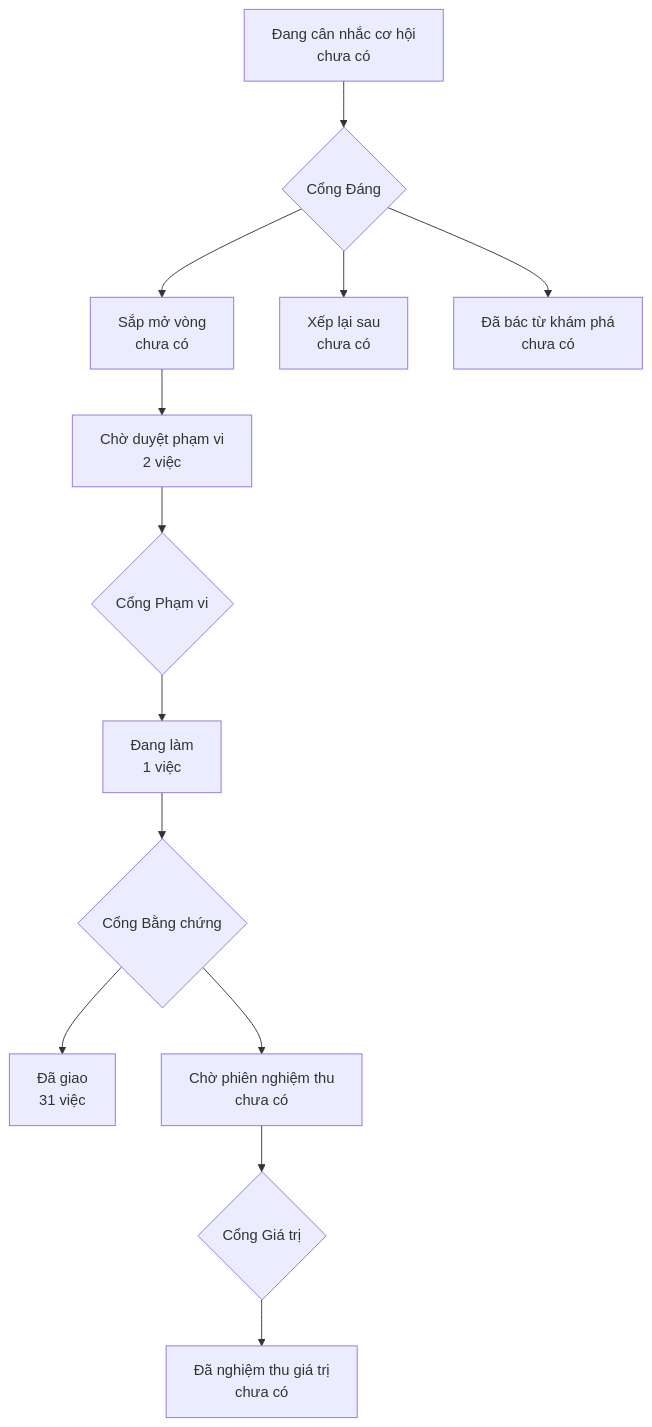
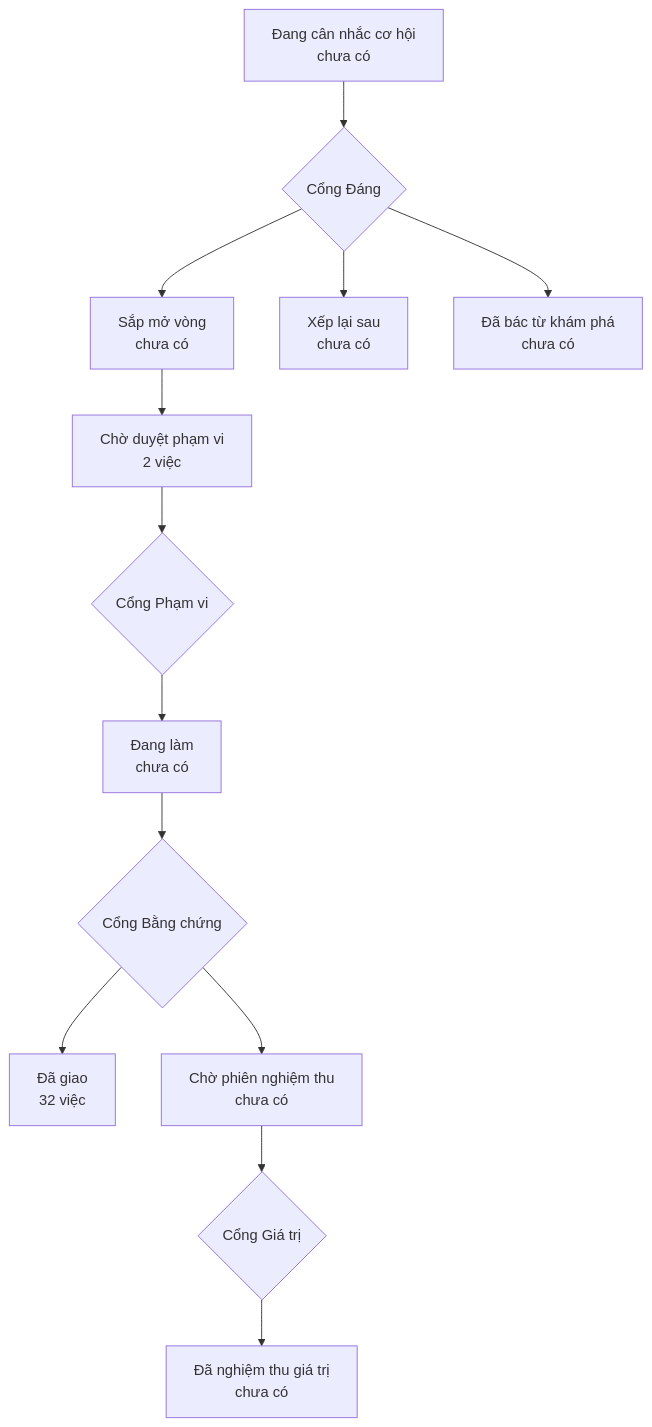
One commit to phanlemanh/acceptance-gate-kit changed the diagram in PRODUCT-MAP.md. Above: the diagram before and after it, drawn with Mermaid. The commit also changed other lines of this file, not shown here.

Commit message:
docs(product-map): vẽ lại sau signed-off stale-theo-diff-pr (map là view máy sinh, ADR 0007)

````diff
--- a/PRODUCT-MAP.md
+++ b/PRODUCT-MAP.md
@@ -6,12 +6,12 @@
 ```mermaid
 flowchart TD
   A["Đang cân nhắc cơ hội<br/>chưa có"] --> GD{"Cổng Đáng"}
   GD --> B["Sắp mở vòng<br/>chưa có"]
   GD --> XL["Xếp lại sau<br/>chưa có"]
   GD --> DB["Đã bác từ khám phá<br/>chưa có"]
   B --> CD["Chờ duyệt phạm vi<br/>2 việc"] --> GP{"Cổng Phạm vi"}
-  GP --> DL["Đang làm<br/>1 việc"] --> GB{"Cổng Bằng chứng"}
-  GB --> DG["Đã giao<br/>31 việc"]
+  GP --> DL["Đang làm<br/>chưa có"] --> GB{"Cổng Bằng chứng"}
+  GB --> DG["Đã giao<br/>32 việc"]
   GB --> CN["Chờ phiên nghiệm thu<br/>chưa có"] --> GG{"Cổng Giá trị"}
   GG --> NT["Đã nghiệm thu giá trị<br/>chưa có"]
 ```
````
